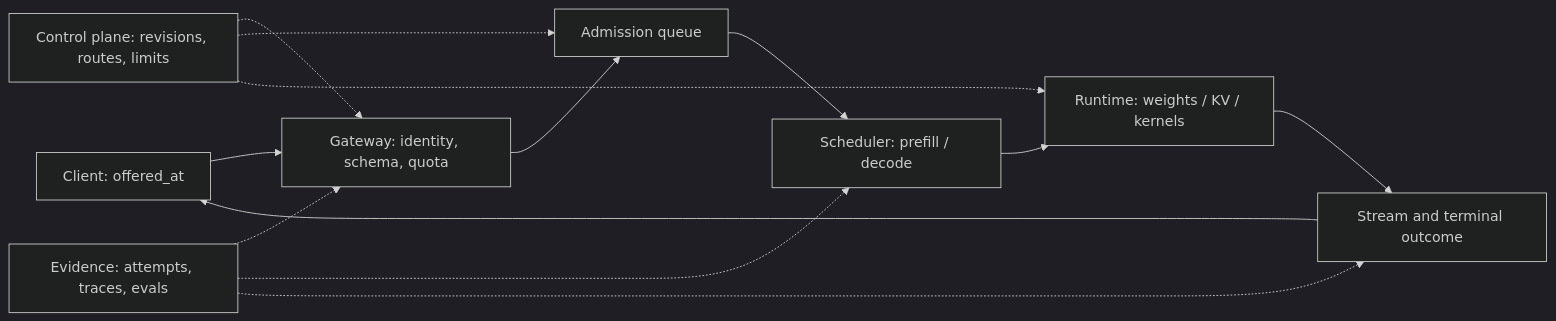
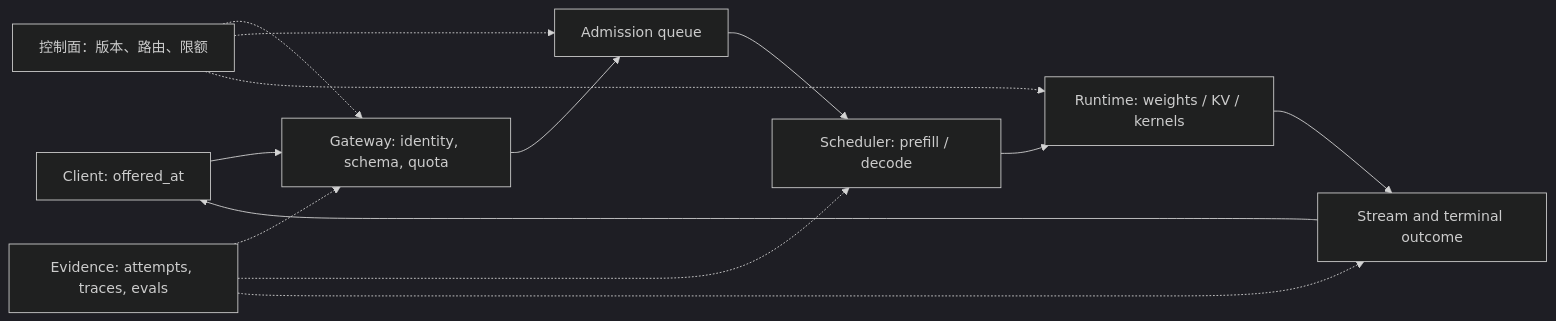
Before and after one commit to NightLemon/about-llm: the diagram in docs/systems/serving.md, drawn with Mermaid (dark theme). The commit also changed other lines of this file and 74 other files, not shown here.

````diff
--- a/docs/systems/serving.md
+++ b/docs/systems/serving.md
@@ -41,15 +41,15 @@
 ```mermaid
 flowchart LR
   C["Client: offered_at"] --> G["Gateway: identity, schema, quota"]
   G --> Q["Admission queue"]
   Q --> S["Scheduler: prefill / decode"]
   S --> R["Runtime: weights / KV / kernels"]
   R --> O["Stream and terminal outcome"]
   O --> C
-  P["Control plane: revisions, routes, limits"] -.-> G
+  P["控制面：版本、路由、限额"] -.-> G
   P -.-> Q
   P -.-> R
   E["Evidence: attempts, traces, evals"] -.-> G
   E -.-> S
   E -.-> O
 ```
````
